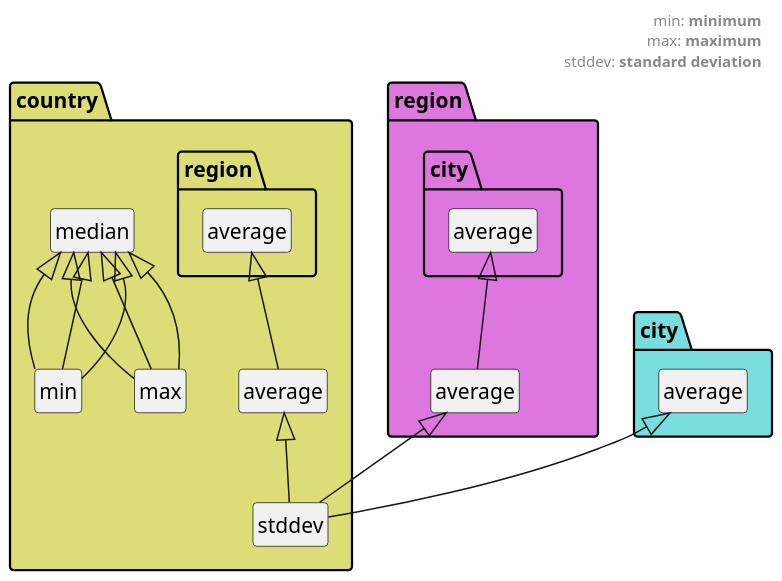
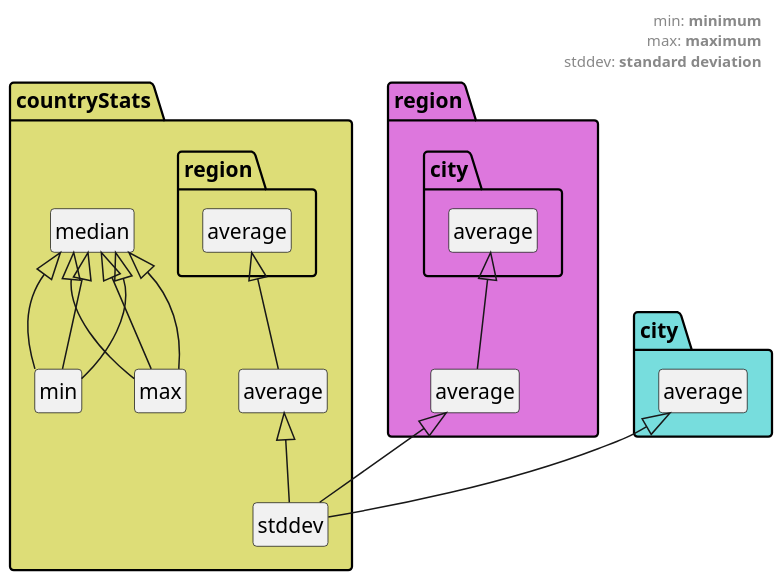
One commit to griloHBG/students-statistics-MPI changed the diagram in tasks_dependencies.puml. Above: the diagram before and after it, drawn with PlantUML. The commit also changed 6 other files, not shown here.

```diff
--- a/tasks_dependencies.puml
+++ b/tasks_dependencies.puml
@@ -1,34 +1,34 @@
 @startuml
 
 scale 1.5
 
 hide circles
 hide members
 
 header
 min: <b>minimum</b>
 max: <b>maximum</b>
 stddev: <b>standard deviation</b>
 endheader
 
 
-namespace country #DD7 {
+namespace countryStats #DD7 {
     median <|-- min
     median <|-- max
     average <|-- stddev
     region.average <|-- average
 }
 
 namespace region #D7D {
     median <|-- min
     median <|-- max
     average <|-- stddev
     city.average <|-- average
 }
 
 namespace city #7DD  {
     median <|-- min
     median <|-- max
     average <|-- stddev
 }
 @enduml
```
